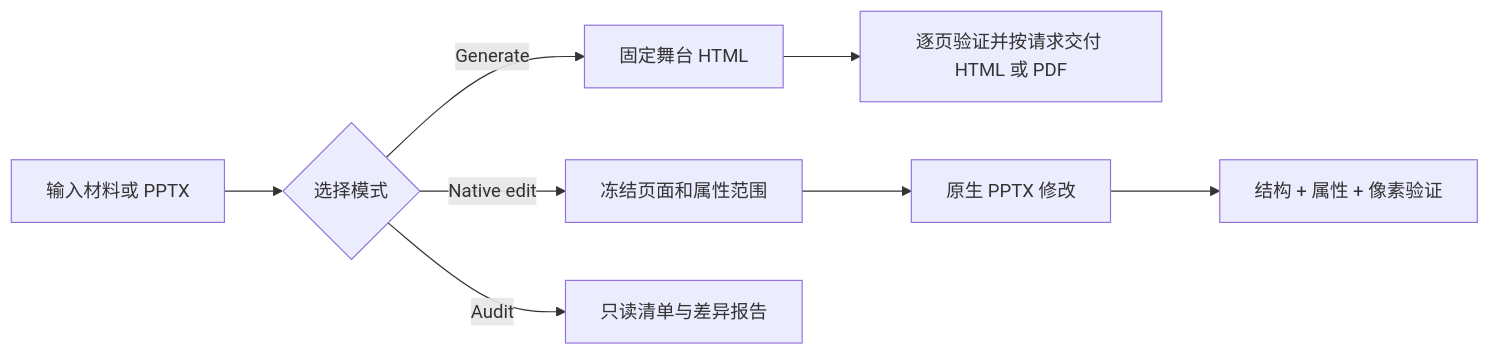
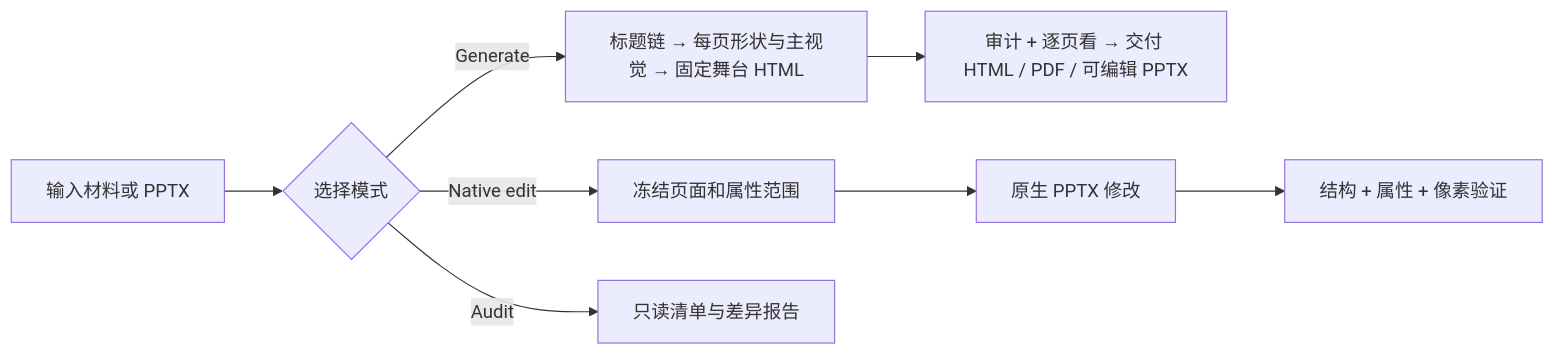
Before and after one commit to jiefeis/deck-forge: the diagram in .github/README.md, drawn with Mermaid. The commit also changed other lines of this file and 1 other file, not shown here.

````diff
--- a/.github/README.md
+++ b/.github/README.md
@@ -65,10 +44,10 @@
 ```mermaid
 flowchart LR
     A[输入材料或 PPTX] --> B{选择模式}
-    B -->|Generate| C[固定舞台 HTML]
-    C --> D[逐页验证并按请求交付 HTML 或 PDF]
+    B -->|Generate| C[标题链 → 每页形状与主视觉 → 固定舞台 HTML]
+    C --> D[审计 + 逐页看 → 交付 HTML / PDF / 可编辑 PPTX]
     B -->|Native edit| E[冻结页面和属性范围]
     E --> F[原生 PPTX 修改]
     F --> G[结构 + 属性 + 像素验证]
     B -->|Audit| H[只读清单与差异报告]
 ```
````
